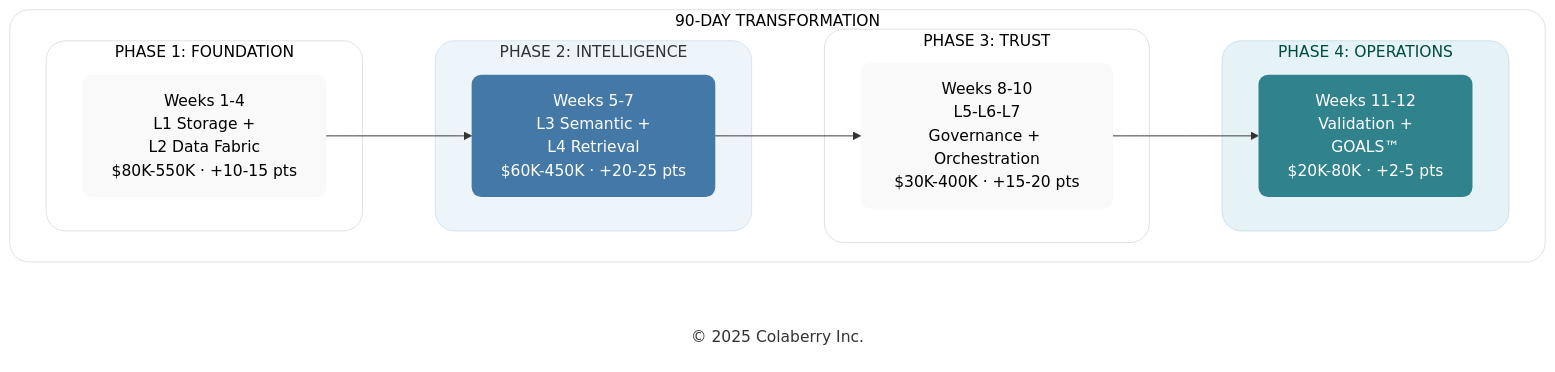
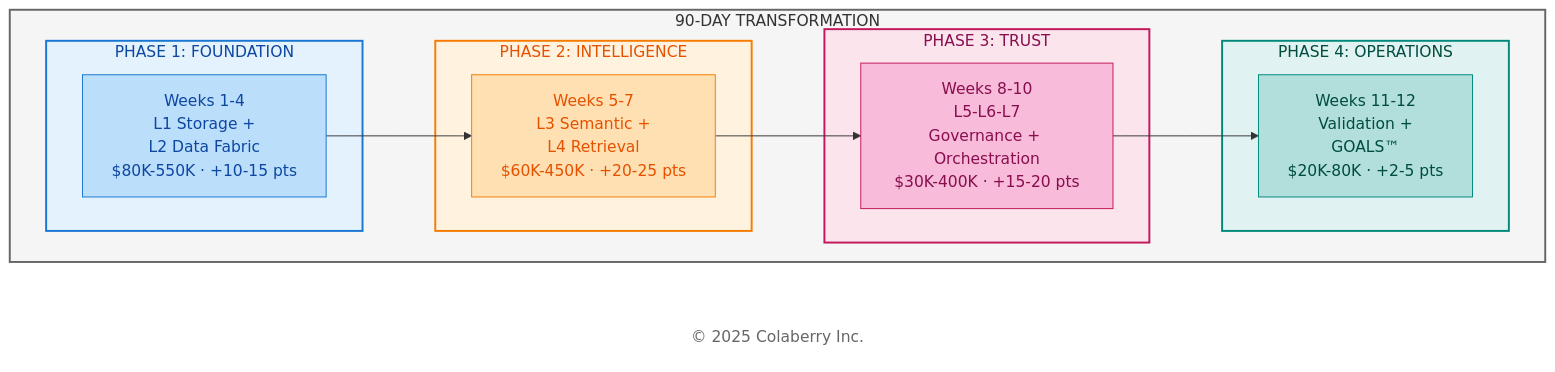
One commit to saitejesh-cyber/trust-before-intelligence-book changed the second of 7 diagrams in manuscript/11_chapter_10_week_by_week_implementation.md. Above: the diagram before and after it, drawn with Mermaid. The commit also changed other lines of this file and 12 other files, not shown here.

Commit message:
Restore legacy Mermaid styles for Option 1

````diff
--- a/manuscript/11_chapter_10_week_by_week_implementation.md
+++ b/manuscript/11_chapter_10_week_by_week_implementation.md
@@ -146,38 +146,38 @@
 ```mermaid
 
 graph LR
     subgraph JOURNEY["90-DAY TRANSFORMATION"]
         direction LR
         subgraph PHASE1["PHASE 1: FOUNDATION"]
             P1["Weeks 1-4<br/>L1 Storage +<br/> L2 Data Fabric<br/>$80K-550K · +10-15 pts"]
         end
 
         subgraph PHASE2["PHASE 2: INTELLIGENCE"]
             P2["Weeks 5-7<br/>L3 Semantic +<br/> L4 Retrieval<br/>$60K-450K · +20-25 pts"]
         end
 
         subgraph PHASE3["PHASE 3: TRUST"]
             P3["Weeks 8-10<br/>L5-L6-L7<br/>Governance + Orchestration<br/>$30K-400K · +15-20 pts"]
         end
 
         subgraph PHASE4["PHASE 4: OPERATIONS"]
             P4["Weeks 11-12<br/>Validation +<br/> GOALS™<br/>$20K-80K · +2-5 pts"]
         end
     end
     
     Copyright["© 2025 Colaberry Inc."]
     
     P1 --> P2 --> P3 --> P4
     
-    style JOURNEY fill:#ffffff,stroke:#e0e0e0,stroke-width:1px,color:#000000,rx:20,ry:20
-    style PHASE1 fill:#ffffff,stroke:#e0e0e0,stroke-width:1px,color:#000000,rx:20,ry:20
-    style PHASE2 fill:#edf4fa,stroke:#d6e4f2,stroke-width:1px,color:#333333,rx:20,ry:20
-    style PHASE3 fill:#ffffff,stroke:#e0e0e0,stroke-width:1px,color:#000000,rx:20,ry:20
-    style PHASE4 fill:#e6f3f6,stroke:#c7e3ea,stroke-width:1px,color:#004d40,rx:20,ry:20
-    style P1 fill:#f9f9f9,stroke:none,color:#000000,rx:10,ry:10
-    style P2 fill:#4478A6,stroke:none,color:#ffffff,rx:10,ry:10
-    style P3 fill:#f9f9f9,stroke:none,color:#000000,rx:10,ry:10
-    style P4 fill:#30838C,stroke:none,color:#ffffff,rx:10,ry:10
-    style Copyright fill:none,stroke:none,color:#333333
+    style JOURNEY fill:#f5f5f5,stroke:#666666,stroke-width:2px,color:#333333
+    style PHASE1 fill:#e3f2fd,stroke:#1976d2,stroke-width:2px,color:#0d47a1
+    style PHASE2 fill:#fff3e0,stroke:#f57c00,stroke-width:2px,color:#e65100
+    style PHASE3 fill:#fce4ec,stroke:#c2185b,stroke-width:2px,color:#880e4f
+    style PHASE4 fill:#e0f2f1,stroke:#00897b,stroke-width:2px,color:#004d40
+    style P1 fill:#bbdefb,stroke:#1976d2,color:#0d47a1
+    style P2 fill:#ffe0b2,stroke:#f57c00,color:#e65100
+    style P3 fill:#f8bbd9,stroke:#c2185b,color:#880e4f
+    style P4 fill:#b2dfdb,stroke:#00897b,color:#004d40
+    style Copyright fill:#ffffff,stroke:none,color:#666666
 
 ```
````
